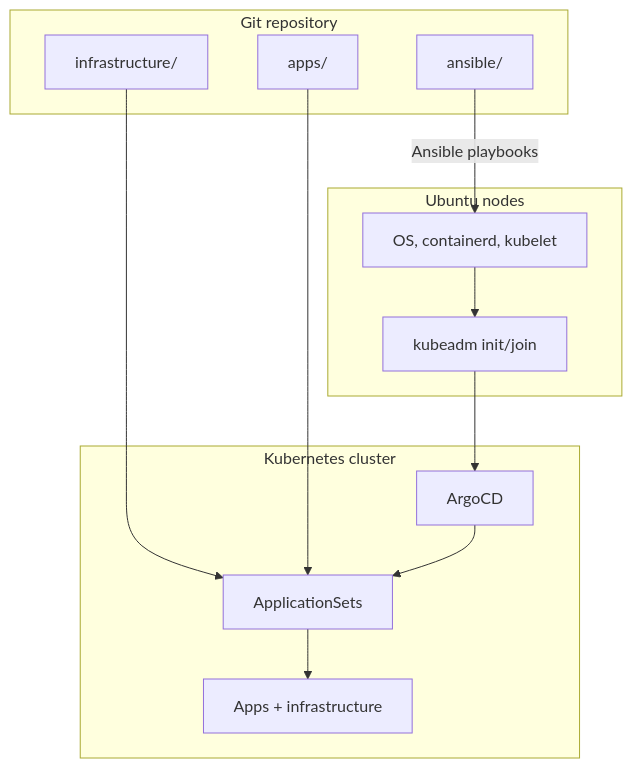
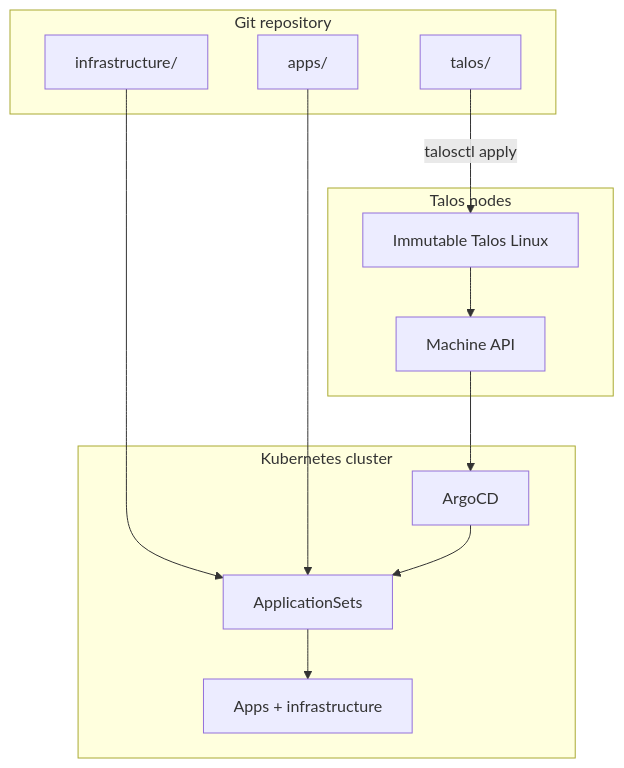
One commit to nsudhanva/homelab changed the first of 2 diagrams in docs/src/content/docs/explanation/automation-model.md. Above: the diagram before and after it, drawn with Mermaid. The commit also changed other lines of this file and 80 other files, not shown here.

Commit message:
Talos Linux cutover with Ubuntu 26.04 workstation and version upgrades

````diff
--- a/docs/src/content/docs/explanation/automation-model.md
+++ b/docs/src/content/docs/explanation/automation-model.md
@@ -26,27 +25,27 @@
 ```mermaid
 flowchart TB
   subgraph Git["Git repository"]
-    AnsibleRepo["ansible/"]
+    TalosRepo["talos/"]
     InfraRepo["infrastructure/"]
     AppsRepo["apps/"]
   end
 
-  subgraph Hosts["Ubuntu nodes"]
-    OS["OS, containerd, kubelet"]
-    Kubeadm["kubeadm init/join"]
+  subgraph Hosts["Talos nodes"]
+    OS["Immutable Talos Linux"]
+    API["Machine API"]
   end
 
   subgraph Cluster["Kubernetes cluster"]
     Argo["ArgoCD"]
     AppSets["ApplicationSets"]
     Workloads["Apps + infrastructure"]
   end
 
-  AnsibleRepo -->|"Ansible playbooks"| OS
-  OS --> Kubeadm
-  Kubeadm --> Argo
+  TalosRepo -->|"talosctl apply"| OS
+  OS --> API
+  API --> Argo
   InfraRepo --> AppSets
   AppsRepo --> AppSets
   Argo --> AppSets
   AppSets --> Workloads
 ```
````
